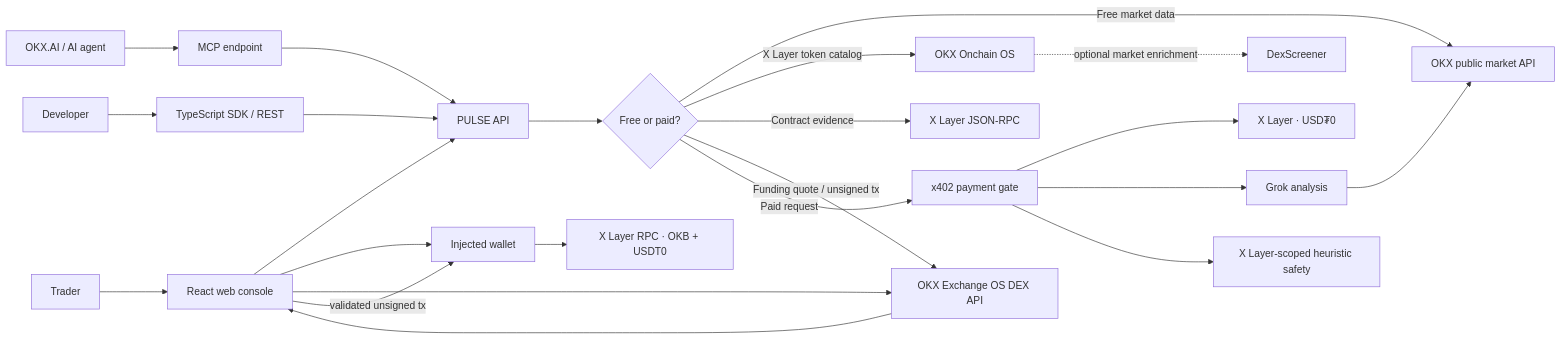
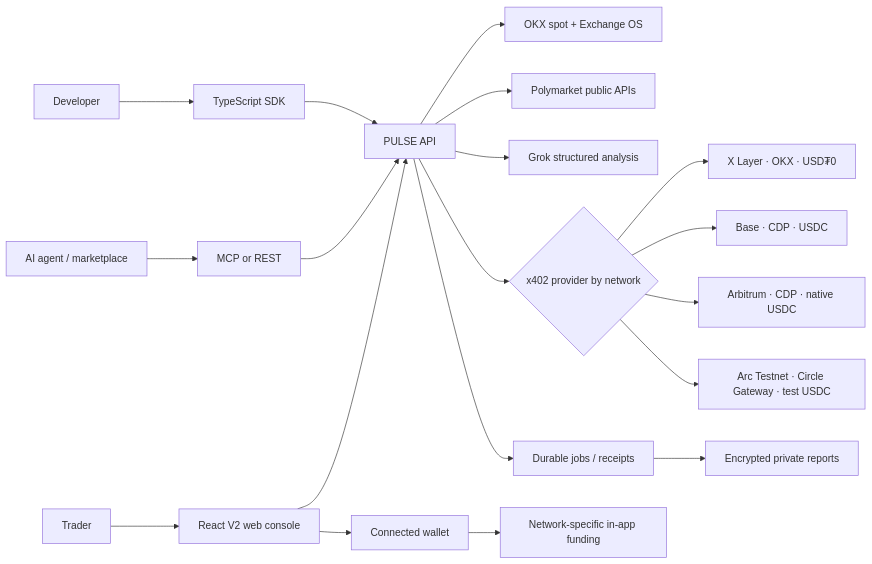
The first of 2 diagrams in README.md (mssystem1/ai-pulse), drawn with Mermaid before and after one commit. The commit also changed other lines of this file and 119 other files, not shown here.

````diff
--- a/README.md
+++ b/README.md
@@ -104,28 +150,21 @@
 ```mermaid
 flowchart LR
-  U[Trader] --> WEB[React web console]
-  A[OKX.AI / AI agent] --> MCP[MCP endpoint]
-  D[Developer] --> SDK[TypeScript SDK / REST]
-
+  U[Trader] --> WEB[React V2 web console]
+  A[AI agent / marketplace] --> MCP[MCP or REST]
+  D[Developer] --> SDK[TypeScript SDK]
   WEB --> API[PULSE API]
   MCP --> API
   SDK --> API
-
-  API --> FREE{Free or paid?}
-  FREE -->|Free market data| OKX[OKX public market API]
-  FREE -->|X Layer token catalog| CATALOG[OKX Onchain OS]
-  CATALOG -.->|optional market enrichment| DS[DexScreener]
-  FREE -->|Contract evidence| RPC[X Layer JSON-RPC]
-  FREE -->|Funding quote / unsigned tx| DEX[OKX Exchange OS DEX API]
-  FREE -->|Paid request| PAY[x402 payment gate]
-  PAY --> XL[X Layer · USD₮0]
-  PAY --> INTEL[Grok analysis]
-  PAY --> SAFE[X Layer-scoped heuristic safety]
-  INTEL --> OKX
-
-  WEB --> WALLET[Injected wallet]
-  WALLET --> BAL[X Layer RPC · OKB + USDT0]
-  WEB --> DEX
-  DEX --> WEB
-  WEB -->|validated unsigned tx| WALLET
+  API --> OKX[OKX spot + Exchange OS]
+  API --> POLY[Polymarket public APIs]
+  API --> AI[Grok structured analysis]
+  API --> PAY{x402 provider by network}
+  PAY --> XL[X Layer · OKX · USD₮0]
+  PAY --> BA[Base · CDP · USDC]
+  PAY --> ARB[Arbitrum · CDP · native USDC]
+  PAY --> ARC[Arc Testnet · Circle Gateway · test USDC]
+  API --> QUEUE[Durable jobs / receipts]
+  QUEUE --> STORE[Encrypted private reports]
+  WEB --> WALLET[Connected wallet]
+  WALLET --> FUND[Network-specific in-app funding]
 ```
````
